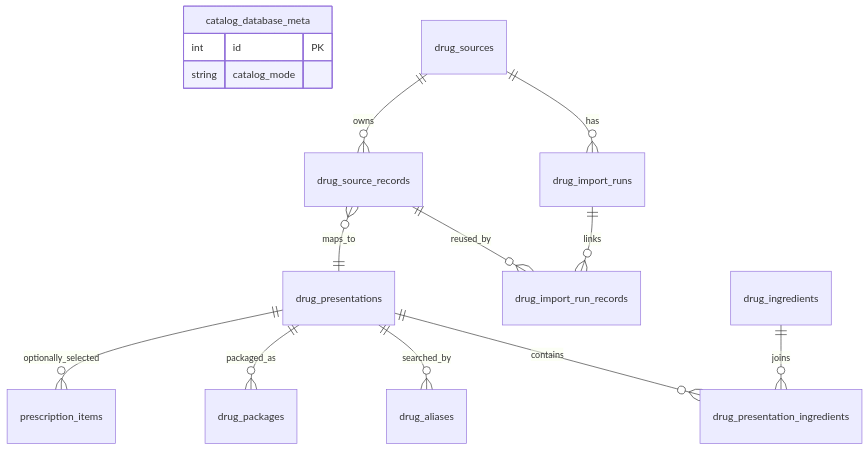
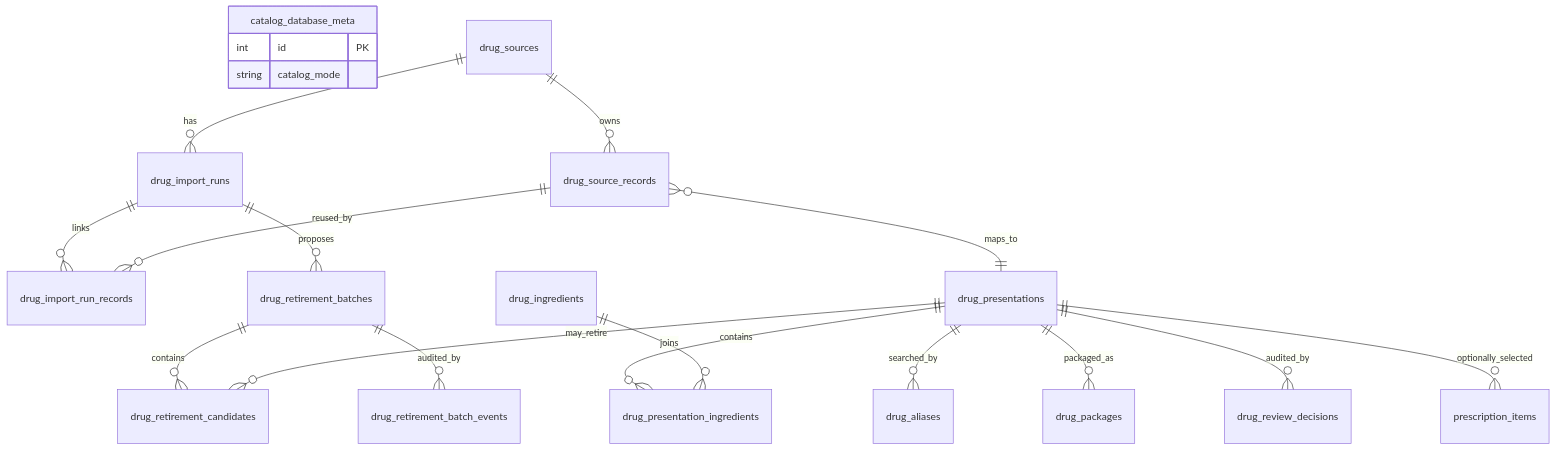
One commit to sejongwang/indorogagi changed the diagram in docs/08-india-drug-data-foundation.md. Above: the diagram before and after it, drawn with Mermaid. The commit also changed other lines of this file and 35 other files, not shown here.

````diff
--- a/docs/08-india-drug-data-foundation.md
+++ b/docs/08-india-drug-data-foundation.md
@@ -180,17 +183,22 @@
 ```mermaid
 erDiagram
     catalog_database_meta {
         int id PK
         string catalog_mode
     }
     drug_sources ||--o{ drug_import_runs : has
     drug_sources ||--o{ drug_source_records : owns
     drug_import_runs ||--o{ drug_import_run_records : links
     drug_source_records ||--o{ drug_import_run_records : reused_by
     drug_source_records }o--|| drug_presentations : maps_to
     drug_presentations ||--o{ drug_presentation_ingredients : contains
     drug_ingredients ||--o{ drug_presentation_ingredients : joins
     drug_presentations ||--o{ drug_aliases : searched_by
     drug_presentations ||--o{ drug_packages : packaged_as
+    drug_presentations ||--o{ drug_review_decisions : audited_by
+    drug_import_runs ||--o{ drug_retirement_batches : proposes
+    drug_retirement_batches ||--o{ drug_retirement_candidates : contains
+    drug_retirement_batches ||--o{ drug_retirement_batch_events : audited_by
+    drug_presentations ||--o{ drug_retirement_candidates : may_retire
     drug_presentations ||--o{ prescription_items : optionally_selected
 ```
````
